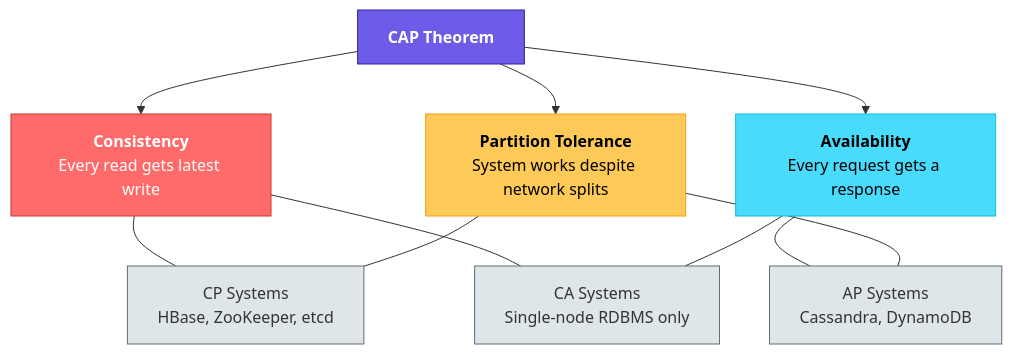
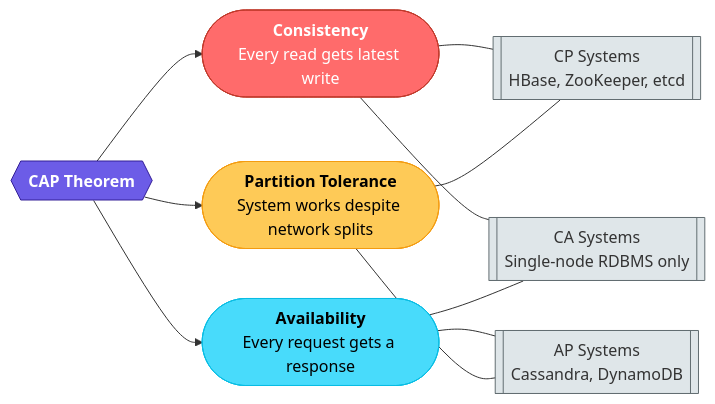
Before and after one commit to saivamsikaruturi/vamsilabs-dev-notes-main: the first of 7 diagrams in docs/capTheorem.md, drawn with Mermaid. The commit also changed other lines of this file and 146 other files, not shown here.

Commit message:
Horizontal diagrams, UML class diagrams, typography overhaul, and permalink cleanup

````diff
--- a/docs/capTheorem.md
+++ b/docs/capTheorem.md
@@ -18,30 +18,30 @@
 ```mermaid
-graph TD
-    CAP["<b>CAP Theorem</b>"]
-    C["<b>Consistency</b><br/>Every read gets latest write"]
-    A["<b>Availability</b><br/>Every request gets a response"]
-    P["<b>Partition Tolerance</b><br/>System works despite network splits"]
+graph LR
+    CAP{{"<b>CAP Theorem</b>"}}
+    C(["<b>Consistency</b><br/>Every read gets latest write"])
+    A(["<b>Availability</b><br/>Every request gets a response"])
+    P(["<b>Partition Tolerance</b><br/>System works despite network splits"])
 
     CAP --> C
     CAP --> A
     CAP --> P
 
-    CP["CP Systems<br/>HBase, ZooKeeper, etcd"]
-    AP["AP Systems<br/>Cassandra, DynamoDB"]
-    CA["CA Systems<br/>Single-node RDBMS only"]
+    CP[["CP Systems<br/>HBase, ZooKeeper, etcd"]]
+    AP[["AP Systems<br/>Cassandra, DynamoDB"]]
+    CA[["CA Systems<br/>Single-node RDBMS only"]]
 
     C --- CP
     P --- CP
     A --- AP
     P --- AP
     C --- CA
     A --- CA
 
     style C fill:#ff6b6b,stroke:#c0392b,color:#fff
     style A fill:#48dbfb,stroke:#0abde3,color:#000
     style P fill:#feca57,stroke:#f39c12,color:#000
     style CP fill:#dfe6e9,stroke:#636e72
     style AP fill:#dfe6e9,stroke:#636e72
     style CA fill:#dfe6e9,stroke:#636e72
     style CAP fill:#6c5ce7,stroke:#341f97,color:#fff
 ```
````
